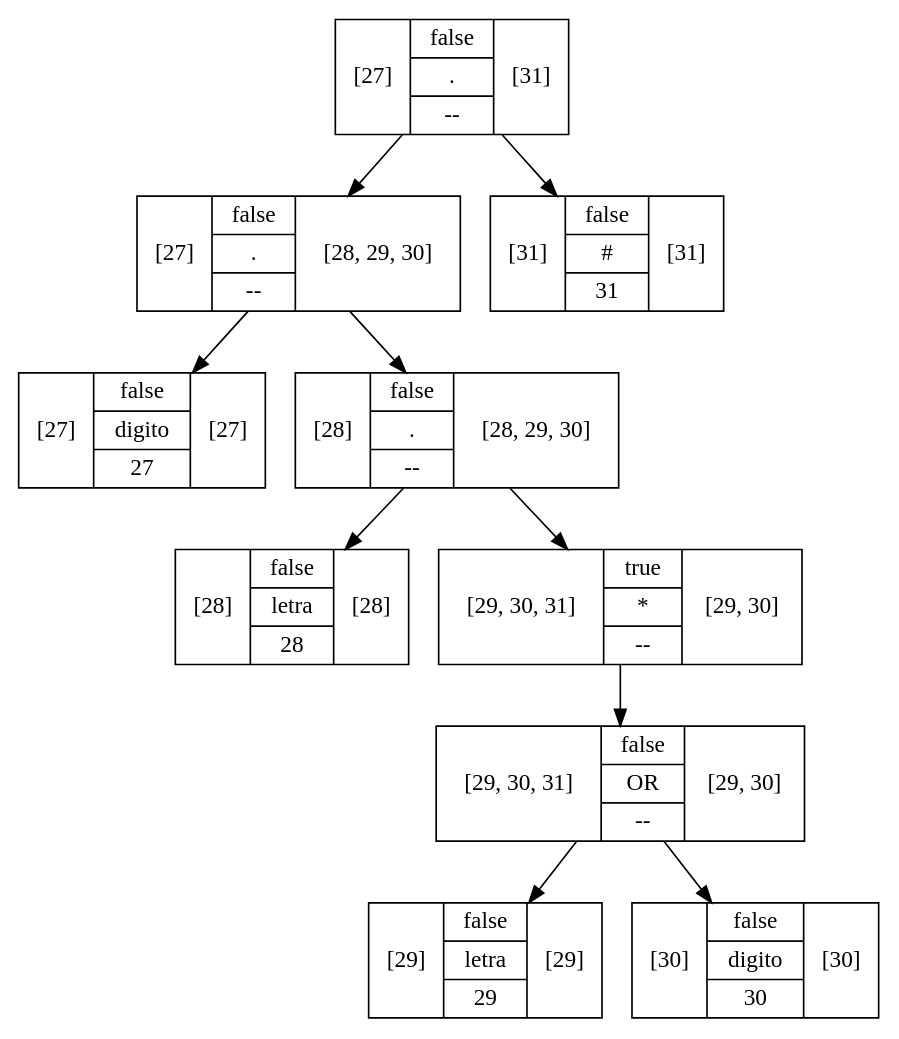
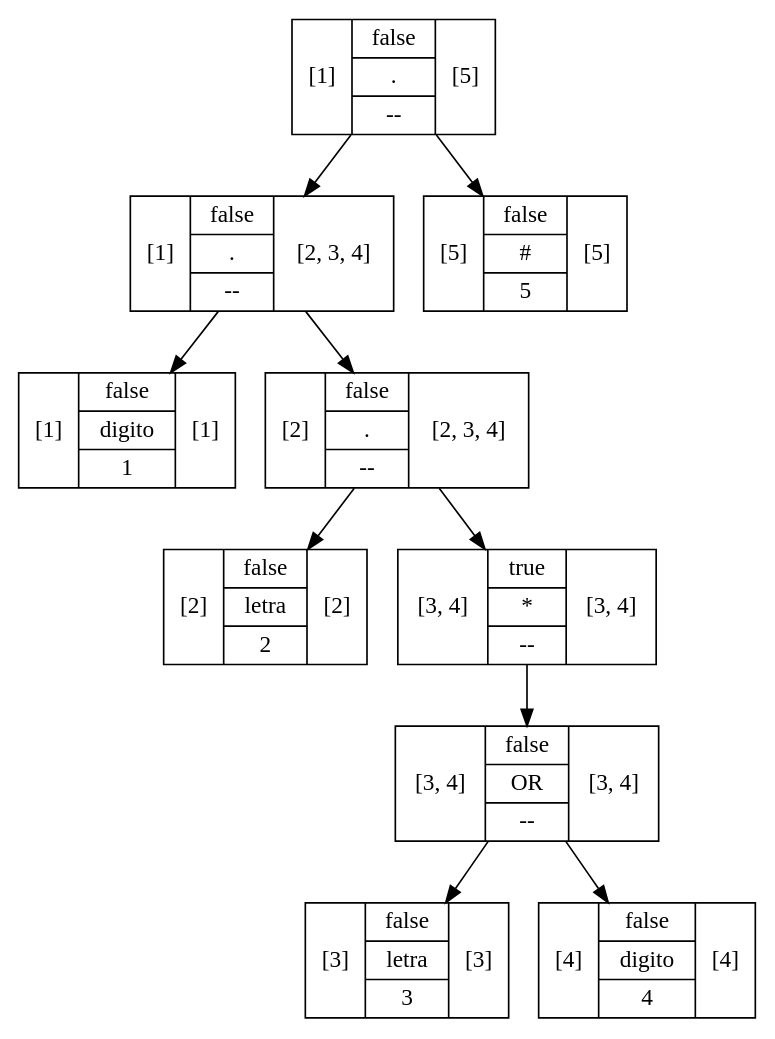
Before and after one commit to JeffMendez/OCL_Proyecto1_201901557: the diagram in Regexive/archivos/ARBOLES_201901557/RegTest.dot, drawn with Graphviz. The commit also changed 58 other files, not shown here.

```diff
--- a/Regexive/archivos/ARBOLES_201901557/RegTest.dot
+++ b/Regexive/archivos/ARBOLES_201901557/RegTest.dot
@@ -1,21 +1,21 @@
 digraph G {
-2046300084 [shape=record label="[27] |{ false | digito | 27 }| [27]"];
-1162182346 [shape=record label="[28] |{ false | letra | 28 }| [28]"];
-607184809 [shape=record label="[29] |{ false | letra | 29 }| [29]"];
-1957475491 [shape=record label="[30] |{ false | digito | 30 }| [30]"];
-1301315629 [shape=record label="[29, 30, 31] |{ false | OR | -- }| [29, 30]"];
-1301315629 -> 607184809
-1301315629 -> 1957475491
-600642683 [shape=record label="[29, 30, 31] |{ true | * | -- }| [29, 30]"];
-600642683 -> 1301315629
-6529540 [shape=record label="[28] |{ false | . | -- }| [28, 29, 30]"];
-6529540 -> 1162182346
-6529540 -> 600642683
-301664007 [shape=record label="[27] |{ false | . | -- }| [28, 29, 30]"];
-301664007 -> 2046300084
-301664007 -> 6529540
-1487105277 [shape=record label="[31] |{ false | # | 31 }| [31]"];
-319210846 [shape=record label="[27] |{ false | . | -- }| [31]"];
-319210846 -> 301664007
-319210846 -> 1487105277
+4948815 [shape=record label="[1] |{ false | digito | 1 }| [1]"];
+1776691071 [shape=record label="[2] |{ false | letra | 2 }| [2]"];
+170579987 [shape=record label="[3] |{ false | letra | 3 }| [3]"];
+1387539355 [shape=record label="[4] |{ false | digito | 4 }| [4]"];
+238652281 [shape=record label="[3, 4] |{ false | OR | -- }| [3, 4]"];
+238652281 -> 170579987
+238652281 -> 1387539355
+1446811678 [shape=record label="[3, 4] |{ true | * | -- }| [3, 4]"];
+1446811678 -> 238652281
+176830602 [shape=record label="[2] |{ false | . | -- }| [2, 3, 4]"];
+176830602 -> 1776691071
+176830602 -> 1446811678
+2039554739 [shape=record label="[1] |{ false | . | -- }| [2, 3, 4]"];
+2039554739 -> 4948815
+2039554739 -> 176830602
+1001462971 [shape=record label="[5] |{ false | # | 5 }| [5]"];
+167747515 [shape=record label="[1] |{ false | . | -- }| [5]"];
+167747515 -> 2039554739
+167747515 -> 1001462971
 }
```
